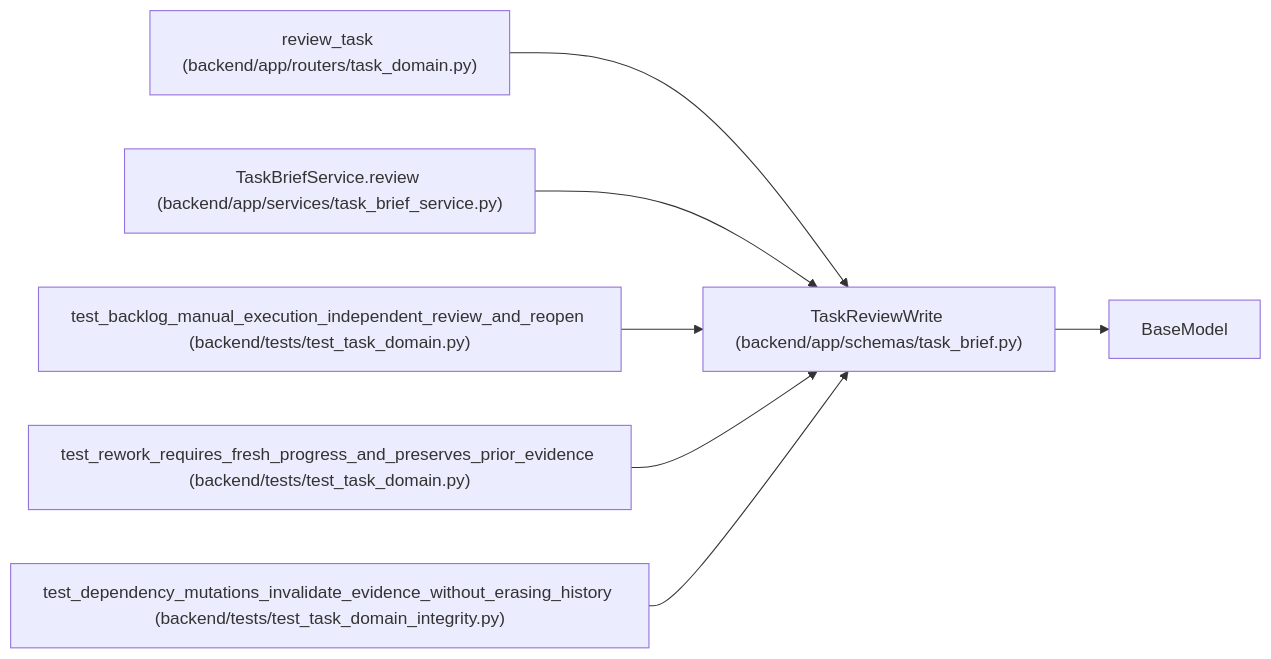
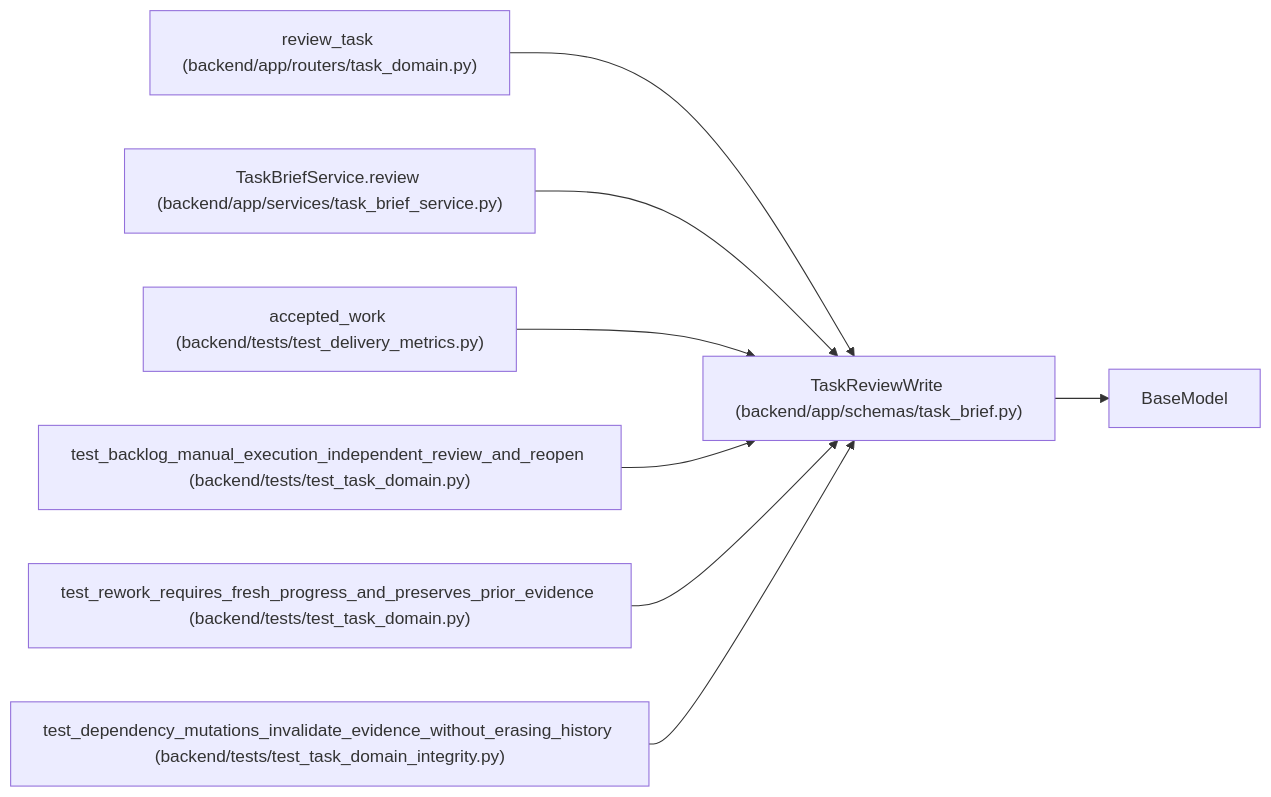
One commit to Denissvgn/WorkChord changed the diagram in docs/llm_wiki/entities/TaskReviewWrite.md. Above: the diagram before and after it, drawn with Mermaid. The commit also changed other lines of this file and 6624 other files, not shown here.

First line of the commit message:
Add verified Android workflows and external-agent execution evidence (#8)

````diff
--- a/docs/llm_wiki/entities/TaskReviewWrite.md
+++ b/docs/llm_wiki/entities/TaskReviewWrite.md
@@ -36,22 +36,25 @@
 ```mermaid
 flowchart LR
     n0["TaskReviewWrite (backend/app/schemas/task_brief.py)"]
     n1["BaseModel"]
     n2["review_task (backend/app/routers/task_domain.py)"]
     n3["TaskBriefService.review (backend/app/services/task_brief_service.py)"]
-    n4["test_backlog_manual_execution_independent_review_and_reopen (backend/tests/test_task_domain.py)"]
-    n5["test_rework_requires_fresh_progress_and_preserves_prior_evidence (backend/tests/test_task_domain.py)"]
-    n6["test_dependency_mutations_invalidate_evidence_without_erasing_history (backend/tests/test_task_domain_integrity.py)"]
+    n4["accepted_work (backend/tests/test_delivery_metrics.py)"]
+    n5["test_backlog_manual_execution_independent_review_and_reopen (backend/tests/test_task_domain.py)"]
+    n6["test_rework_requires_fresh_progress_and_preserves_prior_evidence (backend/tests/test_task_domain.py)"]
+    n7["test_dependency_mutations_invalidate_evidence_without_erasing_history (backend/tests/test_task_domain_integrity.py)"]
     n0 --> n1
     n2 --> n0
     n3 --> n0
     n4 --> n0
     n5 --> n0
     n6 --> n0
+    n7 --> n0
     click n0 "../modules/schemas_task_brief.md"
     click n2 "../modules/routers_task_domain.md"
     click n3 "../modules/task_brief_service.md"
-    click n4 "../modules/test_task_domain.md"
+    click n4 "../modules/test_delivery_metrics.md"
     click n5 "../modules/test_task_domain.md"
-    click n6 "../modules/test_task_domain_integrity.md"
+    click n6 "../modules/test_task_domain.md"
+    click n7 "../modules/test_task_domain_integrity.md"
 ```
````
